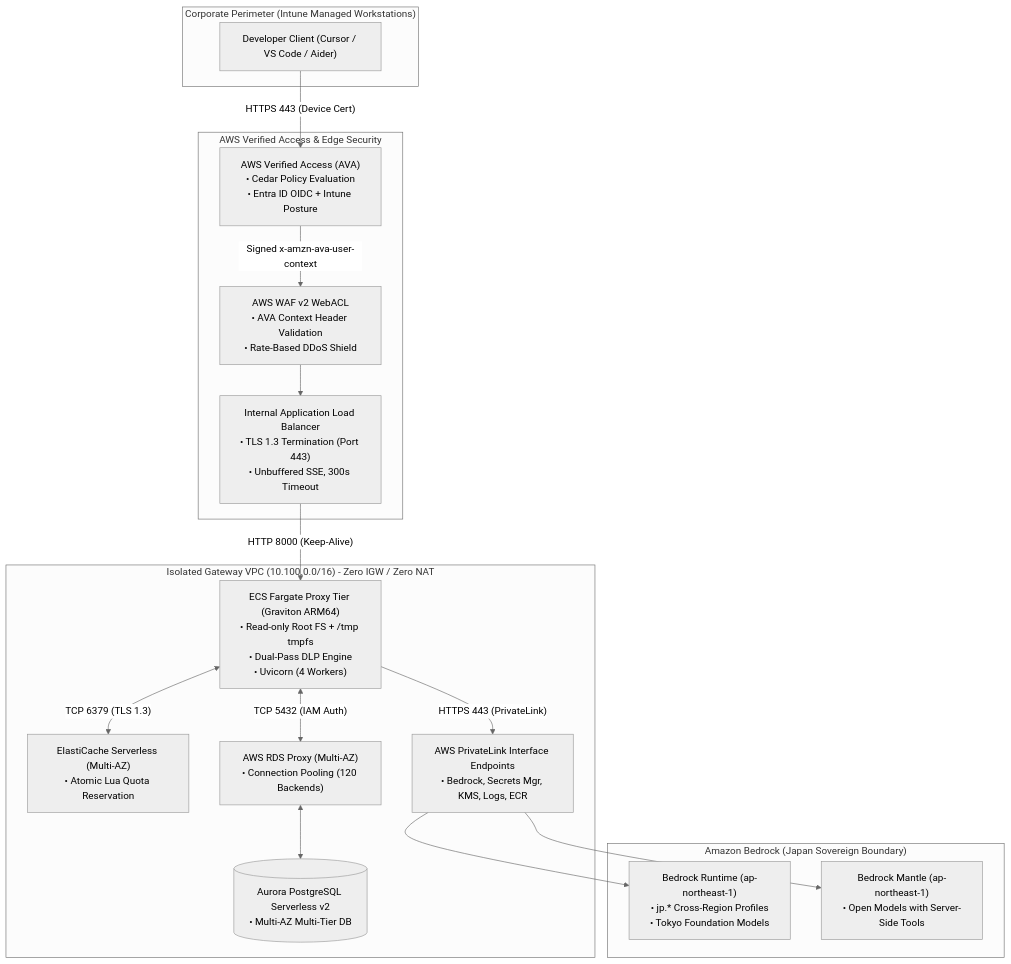
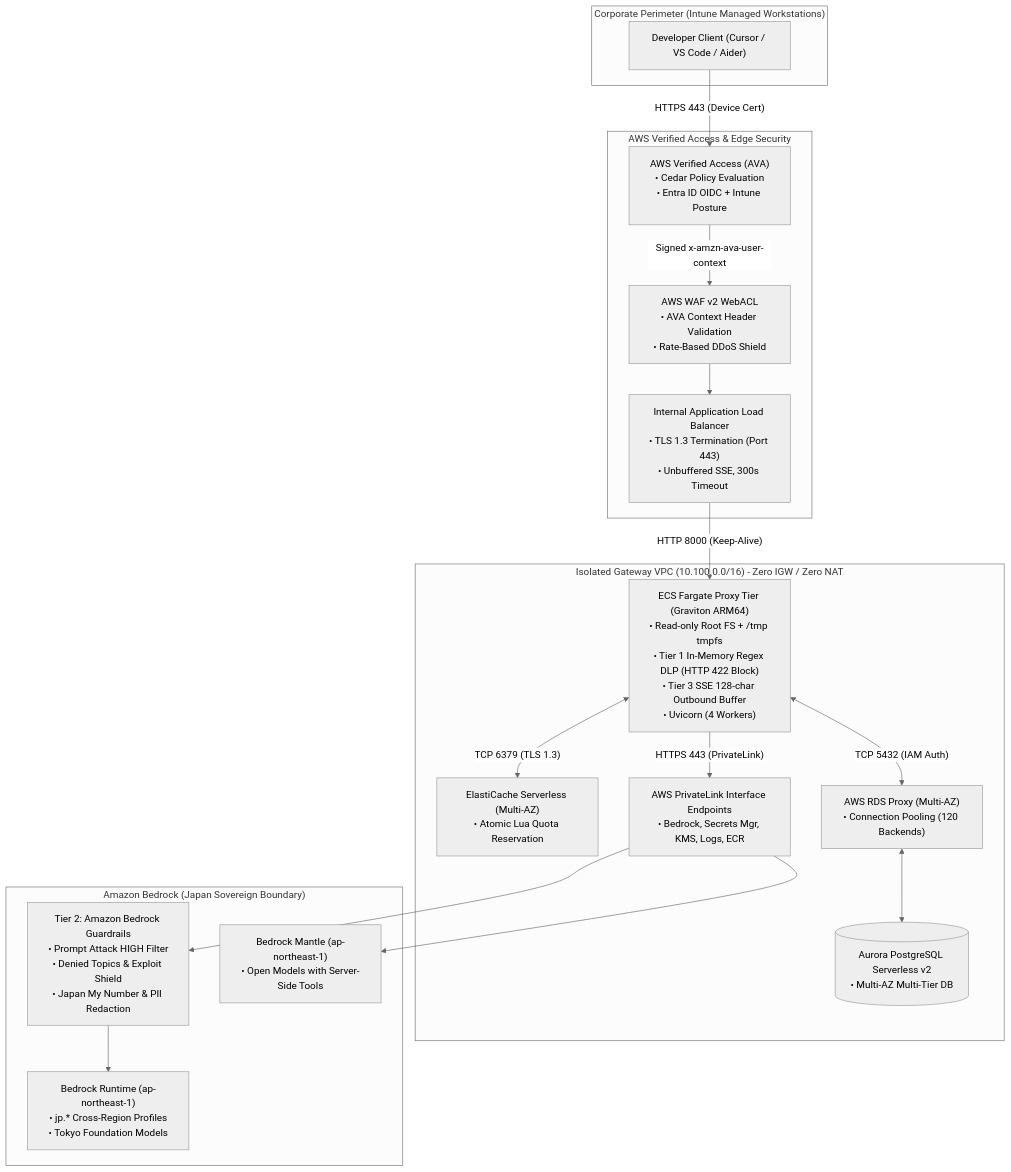
One commit to minddrop/llm-gateway changed the diagram in INFRASTRUCTURE_SPEC.md. Above: the diagram before and after it, drawn with Mermaid (neutral theme). The commit also changed 2 other files, not shown here.

Commit message:
docs: update infrastructure overview diagram and topology with Bedrock Guardrails and hybrid DLP

````diff
--- a/INFRASTRUCTURE_SPEC.md
+++ b/INFRASTRUCTURE_SPEC.md
@@ -133,33 +133,35 @@
 ```mermaid
 flowchart TD
     subgraph CorporatePerimeter["Corporate Perimeter (Intune Managed Workstations)"]
         Client["Developer Client (Cursor / VS Code / Aider)"]
     end
 
     subgraph AWS_Ingress["AWS Verified Access & Edge Security"]
         AVA["AWS Verified Access (AVA)<br/>• Cedar Policy Evaluation<br/>• Entra ID OIDC + Intune Posture"]
         WAF["AWS WAF v2 WebACL<br/>• AVA Context Header Validation<br/>• Rate-Based DDoS Shield"]
         ALB["Internal Application Load Balancer<br/>• TLS 1.3 Termination (Port 443)<br/>• Unbuffered SSE, 300s Timeout"]
     end
 
     subgraph VPC_Isolated["Isolated Gateway VPC (10.100.0.0/16) - Zero IGW / Zero NAT"]
-        Proxy["ECS Fargate Proxy Tier (Graviton ARM64)<br/>• Read-only Root FS + /tmp tmpfs<br/>• Dual-Pass DLP Engine<br/>• Uvicorn (4 Workers)"]
+        Proxy["ECS Fargate Proxy Tier (Graviton ARM64)<br/>• Read-only Root FS + /tmp tmpfs<br/>• Tier 1 In-Memory Regex DLP (HTTP 422 Block)<br/>• Tier 3 SSE 128-char Outbound Buffer<br/>• Uvicorn (4 Workers)"]
         Redis["ElastiCache Serverless (Multi-AZ)<br/>• Atomic Lua Quota Reservation"]
         RDS_Proxy["AWS RDS Proxy (Multi-AZ)<br/>• Connection Pooling (120 Backends)"]
         Aurora[("Aurora PostgreSQL Serverless v2<br/>• Multi-AZ Multi-Tier DB")]
         VPCE["AWS PrivateLink Interface Endpoints<br/>• Bedrock, Secrets Mgr, KMS, Logs, ECR"]
     end
 
     subgraph UpstreamBedrock["Amazon Bedrock (Japan Sovereign Boundary)"]
+        Guardrails["Tier 2: Amazon Bedrock Guardrails<br/>• Prompt Attack HIGH Filter<br/>• Denied Topics & Exploit Shield<br/>• Japan My Number & PII Redaction"]
         BedrockRT["Bedrock Runtime (ap-northeast-1)<br/>• jp.* Cross-Region Profiles<br/>• Tokyo Foundation Models"]
         BedrockMantle["Bedrock Mantle (ap-northeast-1)<br/>• Open Models with Server-Side Tools"]
     end
 
     Client -->|"HTTPS 443 (Device Cert)"| AVA
     AVA -->|"Signed x-amzn-ava-user-context"| WAF --> ALB
     ALB -->|"HTTP 8000 (Keep-Alive)"| Proxy
     Proxy <-->|"TCP 6379 (TLS 1.3)"| Redis
     Proxy <-->|"TCP 5432 (IAM Auth)"| RDS_Proxy <--> Aurora
     Proxy -->|"HTTPS 443 (PrivateLink)"| VPCE
-    VPCE --> BedrockRT & BedrockMantle
+    VPCE --> Guardrails --> BedrockRT
+    VPCE --> BedrockMantle
 ```
````
